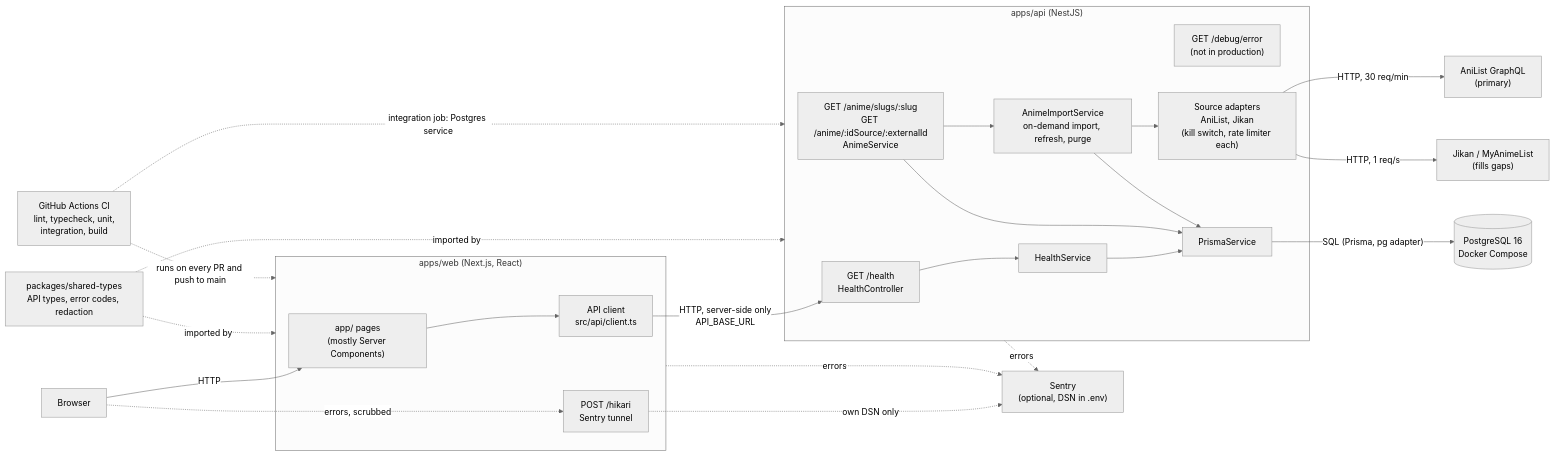
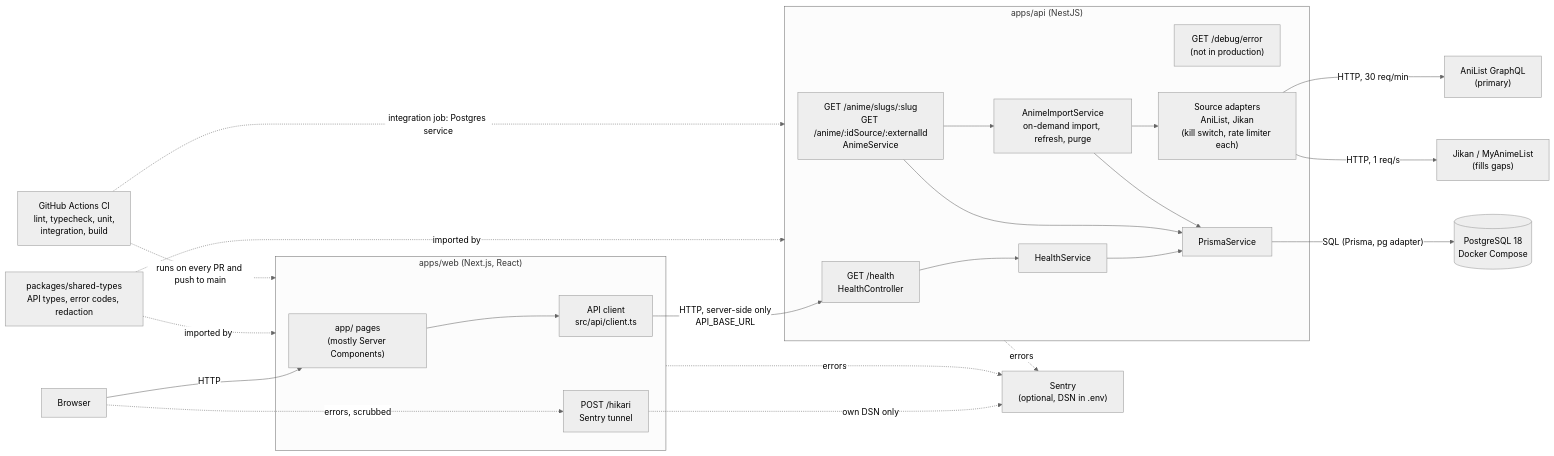
One commit to otakuLeague/otakuleague-core changed the diagram in docs/architecture.md. Above: the diagram before and after it, drawn with Mermaid (neutral theme). The commit also changed 8 other files, not shown here.

````diff
--- a/docs/architecture.md
+++ b/docs/architecture.md
@@ -5,50 +5,50 @@
 ```mermaid
 flowchart LR
   browser["Browser"]
 
   subgraph web["apps/web (Next.js, React)"]
     pages["app/ pages<br/>(mostly Server Components)"]
     client["API client<br/>src/api/client.ts"]
     tunnel["POST /hikari<br/>Sentry tunnel"]
   end
 
   subgraph api["apps/api (NestJS)"]
     health["GET /health<br/>HealthController"]
     healthSvc["HealthService"]
     debug["GET /debug/error<br/>(not in production)"]
     animeApi["GET /anime/slugs/:slug<br/>GET /anime/:idSource/:externalId<br/>AnimeService"]
     importer["AnimeImportService<br/>on-demand import, refresh, purge"]
     adapters["Source adapters<br/>AniList, Jikan<br/>(kill switch, rate limiter each)"]
     prisma["PrismaService"]
   end
 
   anilistApi["AniList GraphQL<br/>(primary)"]
   jikanApi["Jikan / MyAnimeList<br/>(fills gaps)"]
 
   shared["packages/shared-types<br/>API types, error codes, redaction"]
-  db[("PostgreSQL 16<br/>Docker Compose")]
+  db[("PostgreSQL 18<br/>Docker Compose")]
   sentry["Sentry<br/>(optional, DSN in .env)"]
   ci["GitHub Actions CI<br/>lint, typecheck, unit,<br/>integration, build"]
 
   browser -->|HTTP| pages
   pages --> client
   client -->|"HTTP, server-side only<br/>API_BASE_URL"| health
   health --> healthSvc --> prisma
   animeApi --> importer --> adapters
   animeApi --> prisma
   importer --> prisma
   adapters -->|"HTTP, 30 req/min"| anilistApi
   adapters -->|"HTTP, 1 req/s"| jikanApi
   prisma -->|"SQL (Prisma, pg adapter)"| db
 
   shared -.->|imported by| web
   shared -.->|imported by| api
 
   browser -.->|"errors, scrubbed"| tunnel
   tunnel -.->|"own DSN only"| sentry
   web -.->|errors| sentry
   api -.->|errors| sentry
 
   ci -.->|"runs on every PR and push to main"| web
   ci -.->|"integration job: Postgres service"| api
 ```
````
